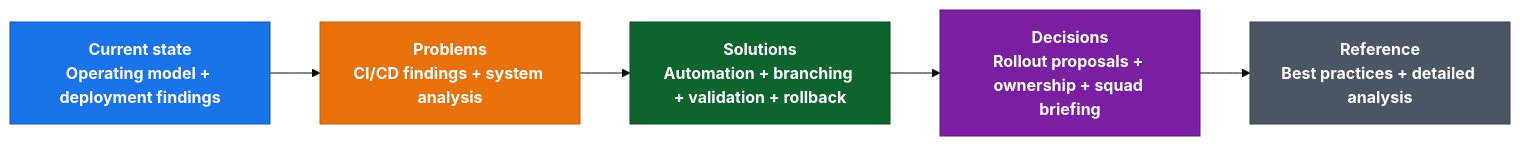
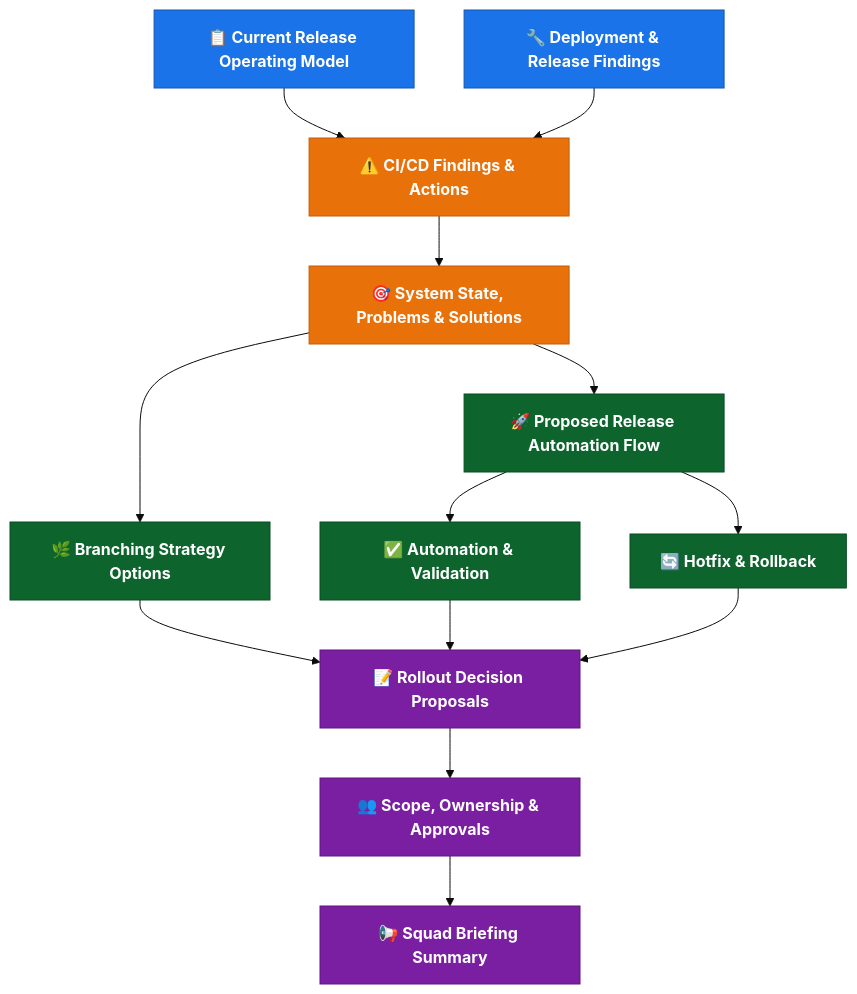
The diagram in README.md (benanaktaspusulait/branching-strategy), drawn with Mermaid before and after one commit. The commit also changed other lines of this file and 2 other files, not shown here.

Commit message:
"Remove outdated pre-meeting brief and process summary documents."

````diff
--- a/README.md
+++ b/README.md
@@ -91,18 +91,35 @@
 ```mermaid
 %%{init: {'theme': 'base', 'themeVariables': {'primaryColor': '#4a90d9', 'primaryTextColor': '#fff', 'primaryBorderColor': '#2c6fad', 'secondaryColor': '#f0f4f8', 'tertiaryColor': '#e8f5e9'}}}%%
 
-flowchart LR
-  A["Current state<br/>Operating model + deployment findings"]:::current
-  B["Problems<br/>CI/CD findings + system analysis"]:::problem
-  C["Solutions<br/>Automation + branching + validation + rollback"]:::solution
-  D["Decisions<br/>Rollout proposals + ownership + squad briefing"]:::decision
-  E["Reference<br/>Best practices + detailed analysis"]:::reference
+flowchart TD
+  %% Layer 1
+  A["📋 Current Release Operating Model"]:::current
+  B["🔧 Deployment & Release Findings"]:::current
 
-  A --> B --> C --> D --> E
+  %% Layer 2
+  C["⚠️ CI/CD Findings & Actions"]:::problem
+  D["🎯 System State, Problems & Solutions"]:::problem
+
+  %% Layer 3
+  E["🚀 Proposed Release Automation Flow"]:::solution
+  F["🌿 Branching Strategy Options"]:::solution
+  G["✅ Automation & Validation"]:::solution
+  H["🔄 Hotfix & Rollback"]:::solution
+
+  %% Layer 4
+  I["📝 Rollout Decision Proposals"]:::decision
+  J["👥 Scope, Ownership & Approvals"]:::decision
+  K["📢 Squad Briefing Summary"]:::decision
+
+  %% Relationships
+  A & B --> C --> D
+  D --> E & F
+  E --> G & H
+  F & G & H --> I
+  I --> J --> K
 
   classDef current fill:#1a73e8,stroke:#1557b0,color:#fff,font-weight:bold
   classDef problem fill:#e8710a,stroke:#c45d08,color:#fff,font-weight:bold
   classDef solution fill:#0d652d,stroke:#094d22,color:#fff,font-weight:bold
   classDef decision fill:#7b1fa2,stroke:#5c1680,color:#fff,font-weight:bold
-  classDef reference fill:#4b5563,stroke:#374151,color:#fff,font-weight:bold
 ```
````
